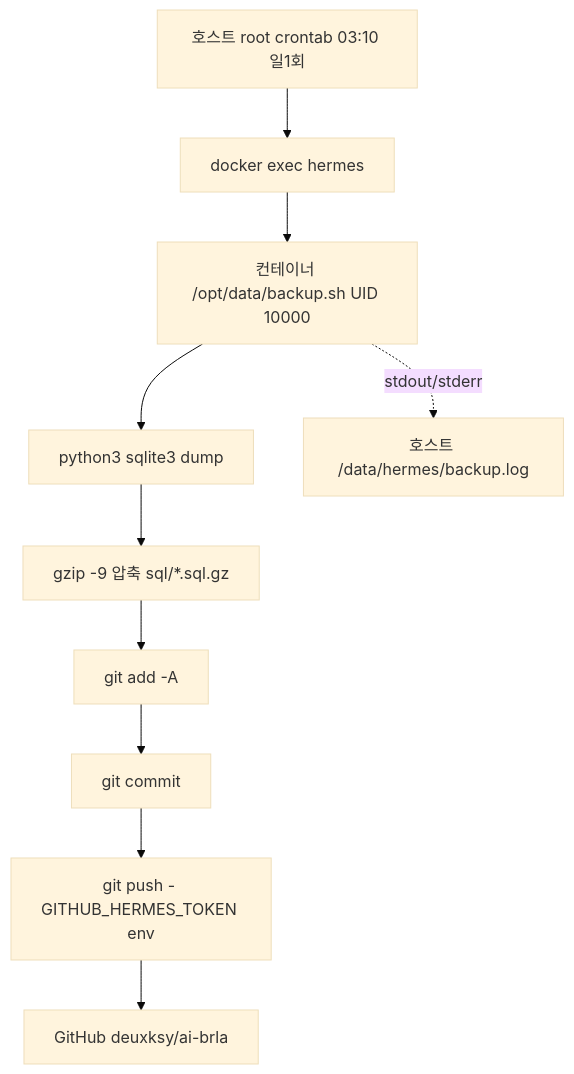
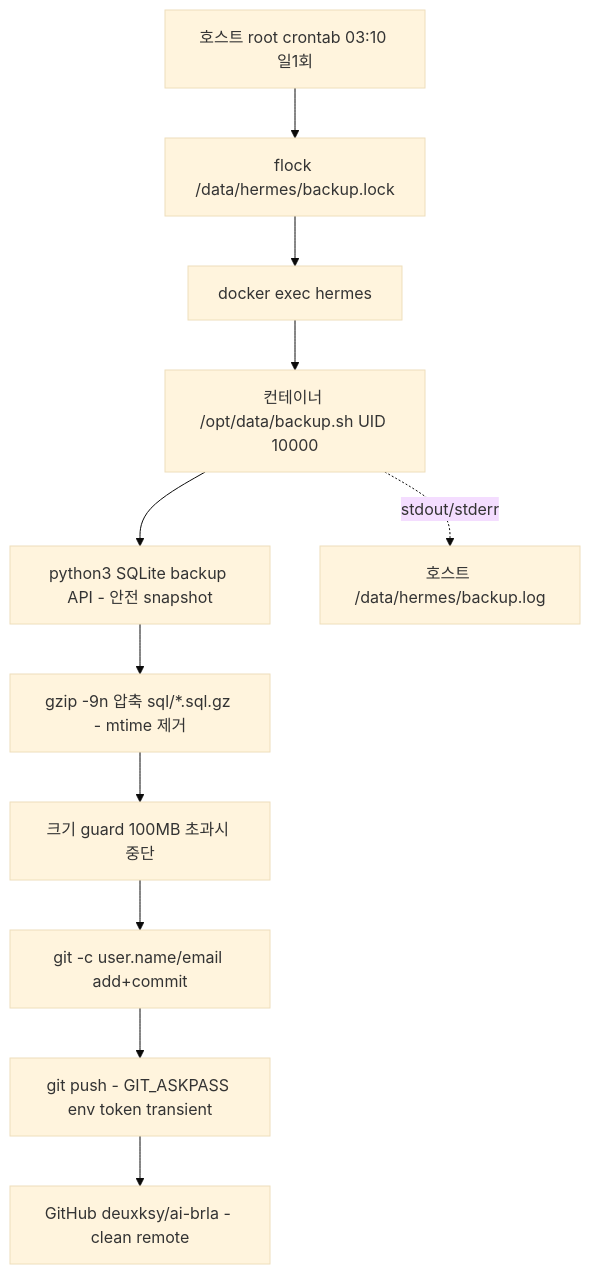
One commit to deuxksy/twenty-four-seven-three-sixty-five changed the first of 2 diagrams in docs/superpowers/specs/2026-06-28-hermes-backup-redesign-design.md. Above: the diagram before and after it, drawn with Mermaid (base theme). The commit also changed other lines of this file, not shown here.

First line of the commit message:
docs: Hermes 백업 design spec v2 - Codex 검증 반영

````diff
--- a/docs/superpowers/specs/2026-06-28-hermes-backup-redesign-design.md
+++ b/docs/superpowers/specs/2026-06-28-hermes-backup-redesign-design.md
@@ -71,12 +77,13 @@
 ```mermaid
 graph TD
-    A[호스트 root crontab 03:10 일1회] --> B[docker exec hermes]
-    B --> C[컨테이너 /opt/data/backup.sh UID 10000]
-    C --> D[python3 sqlite3 dump]
-    D --> E[gzip -9 압축 sql/*.sql.gz]
-    E --> F[git add -A]
-    F --> G[git commit]
-    G --> H[git push - GITHUB_HERMES_TOKEN env]
-    H --> I[GitHub deuxksy/ai-brla]
-    C -.stdout/stderr.-> J[호스트 /data/hermes/backup.log]
+    A[호스트 root crontab 03:10 일1회] --> B[flock /data/hermes/backup.lock]
+    B --> C[docker exec hermes]
+    C --> D[컨테이너 /opt/data/backup.sh UID 10000]
+    D --> E[python3 SQLite backup API - 안전 snapshot]
+    E --> F[gzip -9n 압축 sql/*.sql.gz - mtime 제거]
+    F --> G[크기 guard 100MB 초과시 중단]
+    G --> H[git -c user.name/email add+commit]
+    H --> I[git push - GIT_ASKPASS env token transient]
+    I --> J[GitHub deuxksy/ai-brla - clean remote]
+    D -.stdout/stderr.-> K[호스트 /data/hermes/backup.log]
 ```
````
